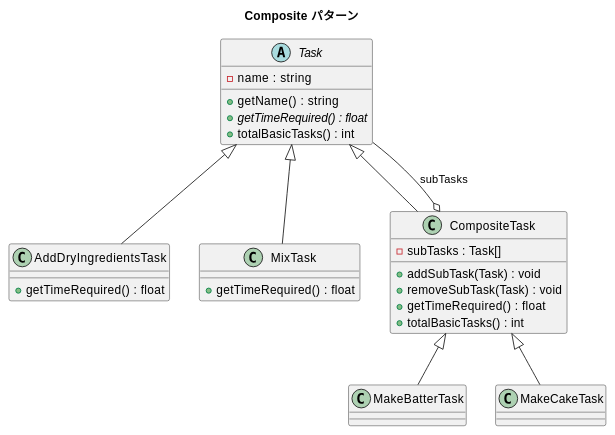
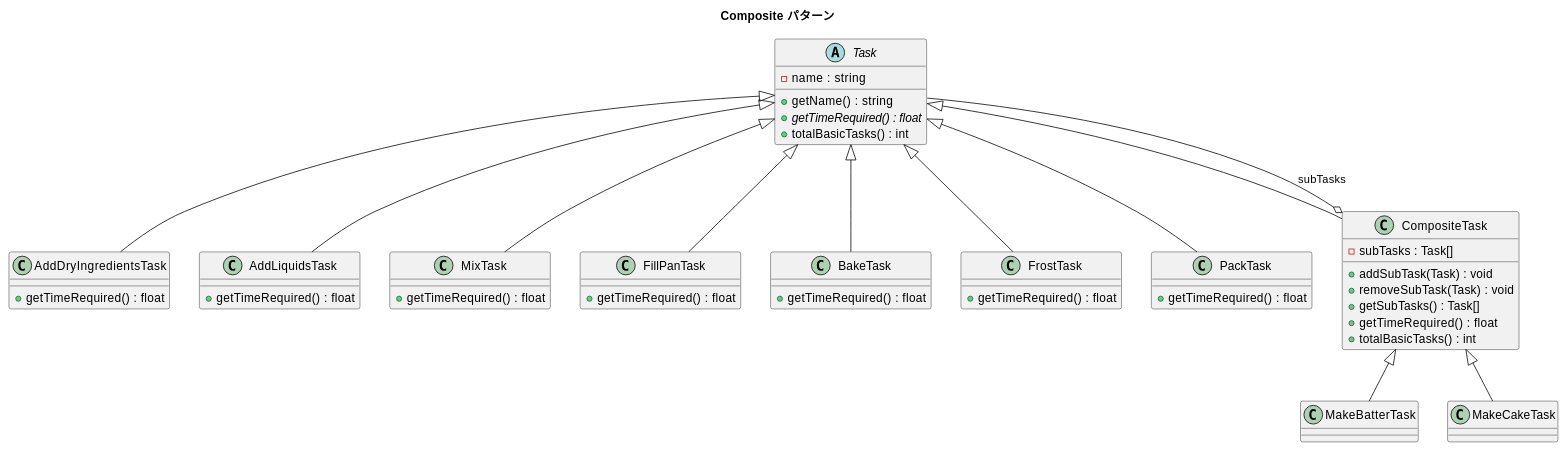
One commit to k2works/getting-started-design-pattern changed the diagram in docs/article/php/07-composite.md. Above: the diagram before and after it, drawn with PlantUML. The commit also changed other lines of this file and 5 other files, not shown here.

````diff
--- a/docs/article/php/07-composite.md
+++ b/docs/article/php/07-composite.md
@@ -11,38 +11,64 @@
 ```plantuml
 @startuml
 title Composite パターン
 
 abstract class Task {
   - name : string
   + getName() : string
   + {abstract} getTimeRequired() : float
   + totalBasicTasks() : int
 }
 
 class AddDryIngredientsTask {
   + getTimeRequired() : float
 }
 
+class AddLiquidsTask {
+  + getTimeRequired() : float
+}
+
 class MixTask {
+  + getTimeRequired() : float
+}
+
+class FillPanTask {
+  + getTimeRequired() : float
+}
+
+class BakeTask {
+  + getTimeRequired() : float
+}
+
+class FrostTask {
+  + getTimeRequired() : float
+}
+
+class PackTask {
   + getTimeRequired() : float
 }
 
 class CompositeTask {
   - subTasks : Task[]
   + addSubTask(Task) : void
   + removeSubTask(Task) : void
+  + getSubTasks() : Task[]
   + getTimeRequired() : float
   + totalBasicTasks() : int
 }
 
 class MakeBatterTask
 class MakeCakeTask
 
 Task <|-- AddDryIngredientsTask
+Task <|-- AddLiquidsTask
 Task <|-- MixTask
+Task <|-- FillPanTask
+Task <|-- BakeTask
+Task <|-- FrostTask
+Task <|-- PackTask
 Task <|-- CompositeTask
 CompositeTask <|-- MakeBatterTask
 CompositeTask <|-- MakeCakeTask
 CompositeTask o-- Task : subTasks
 @enduml
 ```
````
